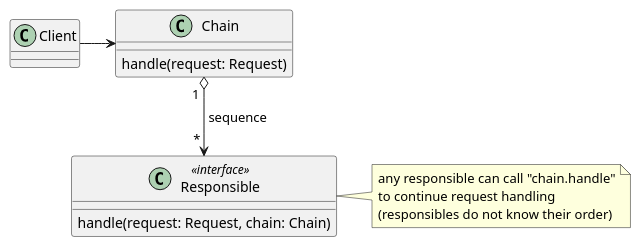
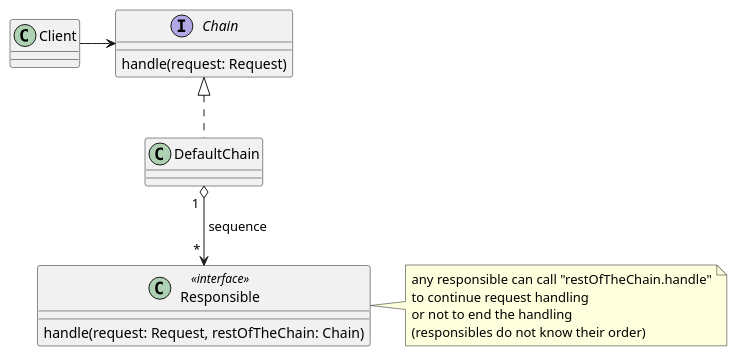
Before and after one commit to voho/web: the second of 2 diagrams in website/src/main/resources/wiki/index/informatika/architektura/oop/navrhovy-vzor/vzor-chovani/chain-of-responsibility.md, drawn with PlantUML. The commit also changed other lines of this file, not shown here.

````diff
--- a/website/src/main/resources/wiki/index/informatika/architektura/oop/navrhovy-vzor/vzor-chovani/chain-of-responsibility.md
+++ b/website/src/main/resources/wiki/index/informatika/architektura/oop/navrhovy-vzor/vzor-chovani/chain-of-responsibility.md
@@ -46,15 +34,18 @@
 ```uml:class
-class Chain {
+interface Chain {
   handle(request: Request)
 }
+class DefaultChain implements Chain {
+}
 class Responsible <<interface>> {
-  handle(request: Request, chain: Chain)
+  handle(request: Request, restOfTheChain: Chain)
 }
 note right
-  any responsible can call "chain.handle"
+  any responsible can call "restOfTheChain.handle"
   to continue request handling
+  or not to end the handling
   (responsibles do not know their order)
 end note
-Chain " 1 " o-down-> " * " Responsible : " sequence"
+DefaultChain " 1 " o-down-> " * " Responsible : " sequence"
 Client -right-> Chain
 ```
````
